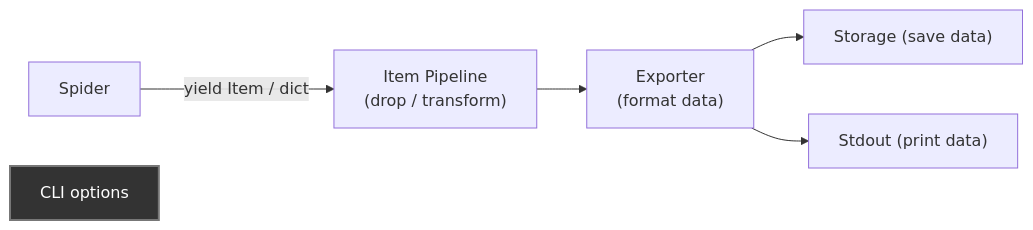
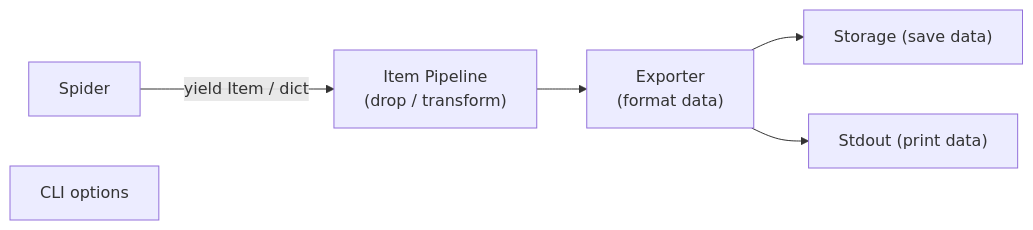
Before and after one commit to crawlcore/qcrawl: the diagram in docs/getting-started/overview.md, drawn with Mermaid. The commit also changed other lines of this file, not shown here.

Commit message:
Site: overview updated

````diff
--- a/docs/getting-started/overview.md
+++ b/docs/getting-started/overview.md
@@ -99,13 +99,10 @@
 ``` mermaid
 flowchart LR
   A[Spider] -->|yield Item / dict| C
   C["Item Pipeline<br>(drop / transform)"]
   C --> E["Exporter<br>(format data)"]
   E --> F["Storage (save data)"]
   E --> G["Stdout (print data)"]
 
-  D["CLI options"]:::CLI
-
-  %% Styles
-  classDef CLI fill:#333,color:#fff,stroke:#777,stroke-width:2px
+  D["CLI options"]
 ```
````
